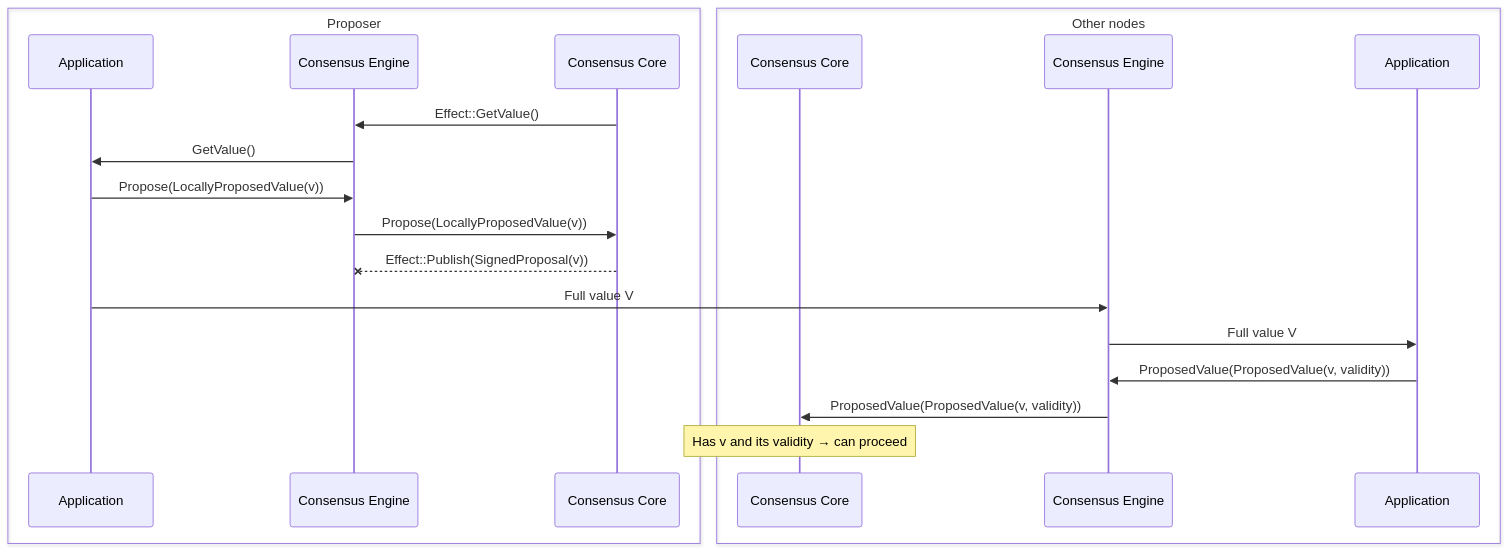
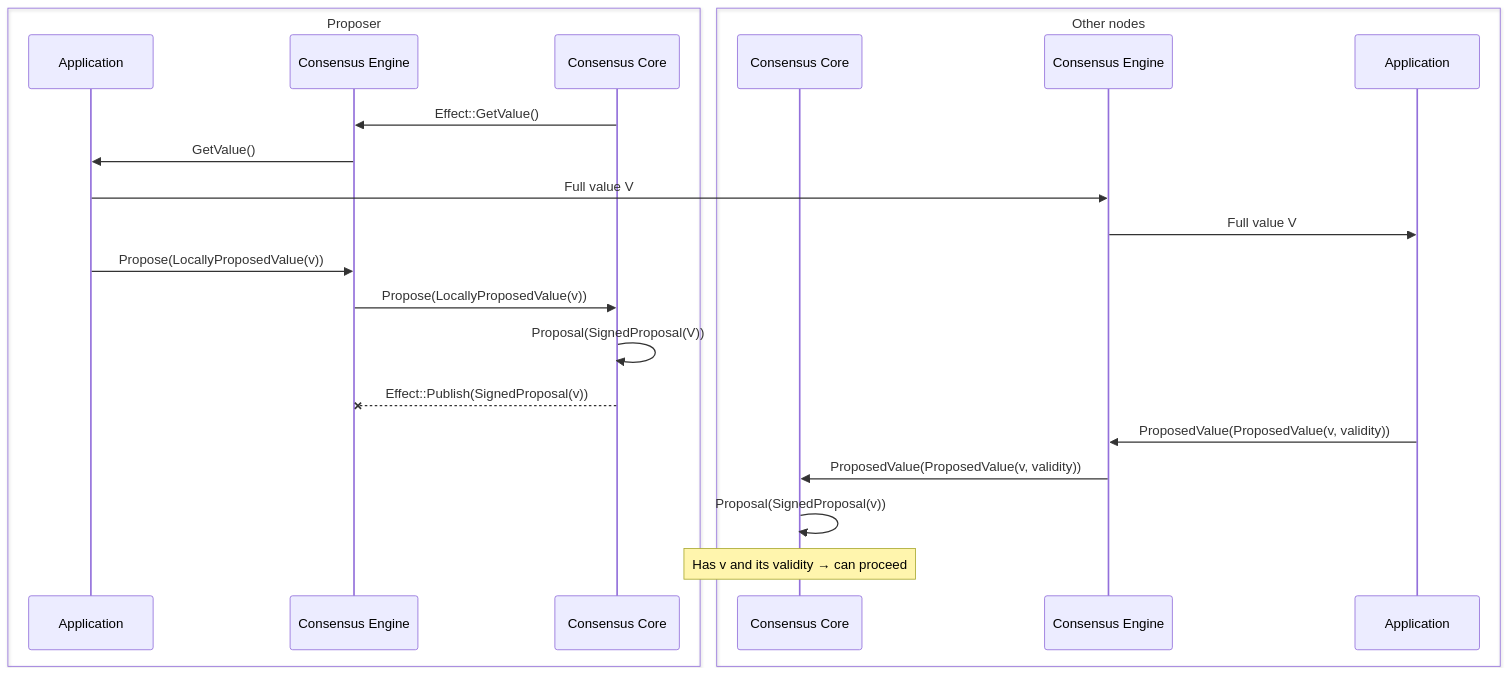
One commit to circlefin/malachite changed the third of 3 diagrams in docs/architecture/adr-003-values-propagation.md. Above: the diagram before and after it, drawn with Mermaid. The commit also changed other lines of this file, not shown here.

Commit message:
Show streaming before LocallyProposedValue, add own Proposal msg

````diff
--- a/docs/architecture/adr-003-values-propagation.md
+++ b/docs/architecture/adr-003-values-propagation.md
@@ -251,27 +255,31 @@
 ```mermaid
 sequenceDiagram
     box Proposer
       participant A1 as Application
       participant E1 as Consensus Engine
       participant C1 as Consensus Core
     end
 
     box Other nodes
       participant C2 as Consensus Core
       participant E2 as Consensus Engine
       participant A2 as Application
     end
 
     C1->>E1: Effect::GetValue()
     E1->>A1: GetValue()
-    A1->>E1: Propose(LocallyProposedValue(v))
-    E1->>C1: Propose(LocallyProposedValue(v))
-    C1--xE1: Effect::Publish(SignedProposal(v))
 
     A1->>E2: Full value V
     E2->>A2: Full value V
+
+    A1->>E1: Propose(LocallyProposedValue(v))
+    E1->>C1: Propose(LocallyProposedValue(v))
+    C1->>C1: Proposal(SignedProposal(V))
+    C1--xE1: Effect::Publish(SignedProposal(v))
+
     A2->>E2: ProposedValue(ProposedValue(v, validity))
     E2->>C2: ProposedValue(ProposedValue(v, validity))
+    C2->>C2: Proposal(SignedProposal(v))
 
     Note over C2: Has v and its validity → can proceed
 ```
````
